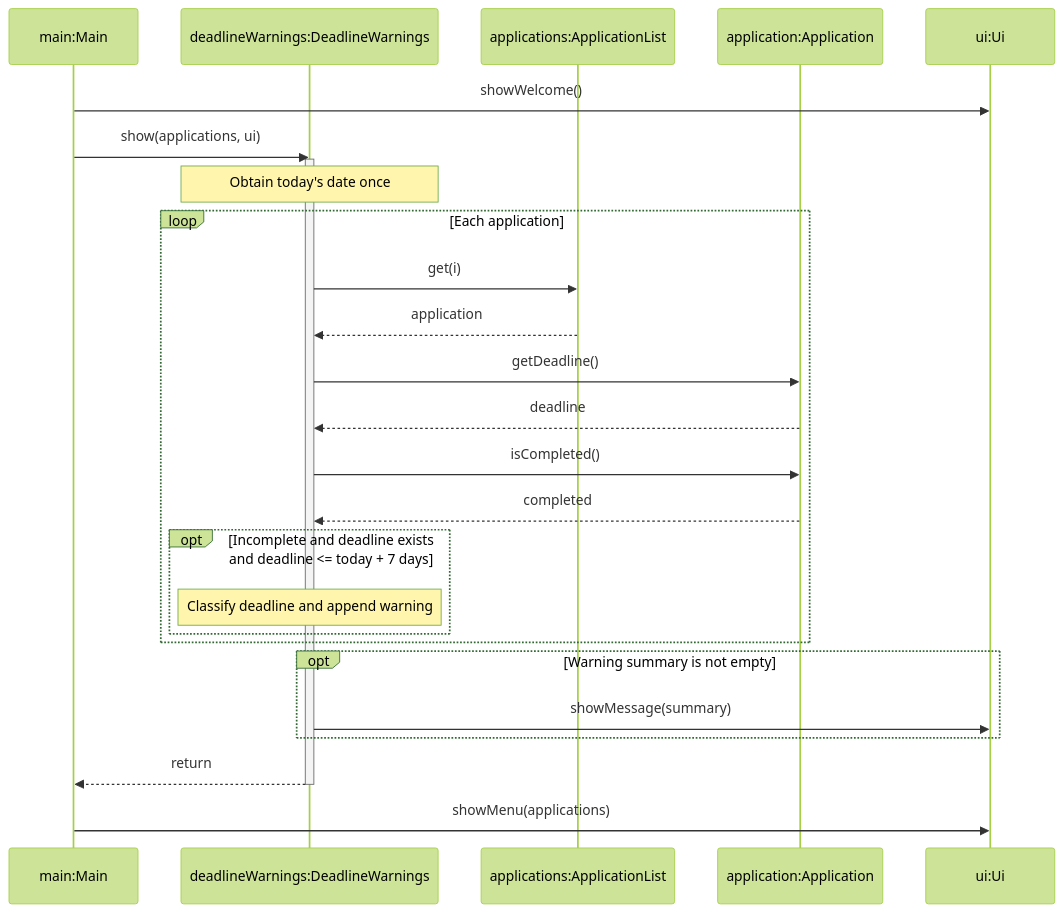
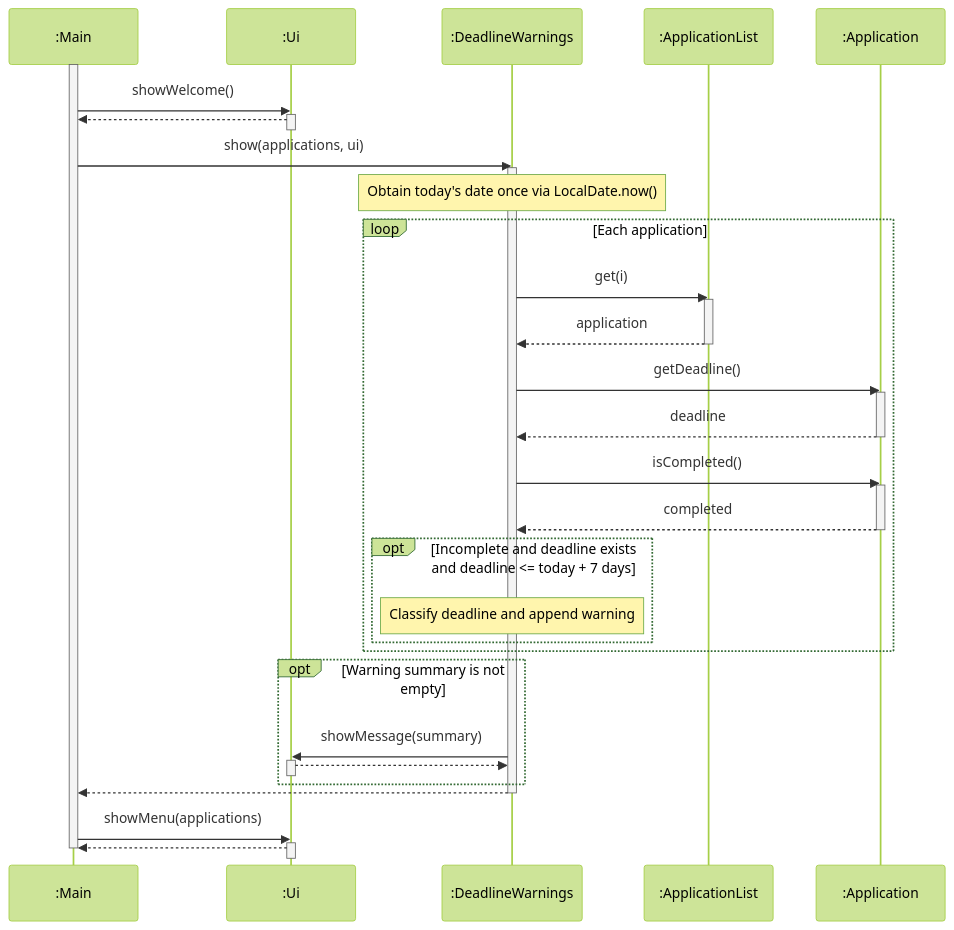
One commit to AY2627S1-CS2113-T10-2/tp changed diagram 16 of 19 in docs/DeveloperGuide.md. Above: the diagram before and after it, drawn with Mermaid (forest theme). The commit also changed other lines of this file, not shown here.

First line of the commit message:
docs: overhaul DeveloperGuide diagrams and fix rich display error

````diff
--- a/docs/DeveloperGuide.md
+++ b/docs/DeveloperGuide.md
@@ -475,34 +1082,52 @@
 ```mermaid
 sequenceDiagram
-    participant main as main:Main
-    participant warnings as deadlineWarnings:DeadlineWarnings
-    participant list as applications:ApplicationList
-    participant app as application:Application
-    participant ui as ui:Ui
+    participant main as :Main
+    participant ui as :Ui
+    participant warnings as :DeadlineWarnings
+    participant list as :ApplicationList
+    participant app as :Application
 
+    activate main
     main->>ui: showWelcome()
+    activate ui
+    ui-->>main: 
+    deactivate ui
+
     main->>warnings: show(applications, ui)
     activate warnings
-    Note over warnings: Obtain today's date once
+    Note over warnings: Obtain today's date once via LocalDate.now()
 
     loop Each application
         warnings->>list: get(i)
+        activate list
         list-->>warnings: application
+        deactivate list
         warnings->>app: getDeadline()
+        activate app
         app-->>warnings: deadline
+        deactivate app
         warnings->>app: isCompleted()
+        activate app
         app-->>warnings: completed
+        deactivate app
 
         opt Incomplete and deadline exists and deadline <= today + 7 days
             Note over warnings: Classify deadline and append warning
         end
     end
 
     opt Warning summary is not empty
         warnings->>ui: showMessage(summary)
+        activate ui
+        ui-->>warnings: 
+        deactivate ui
     end
 
-    warnings-->>main: return
+    warnings-->>main: 
     deactivate warnings
     main->>ui: showMenu(applications)
+    activate ui
+    ui-->>main: 
+    deactivate ui
+    deactivate main
 ```
````
